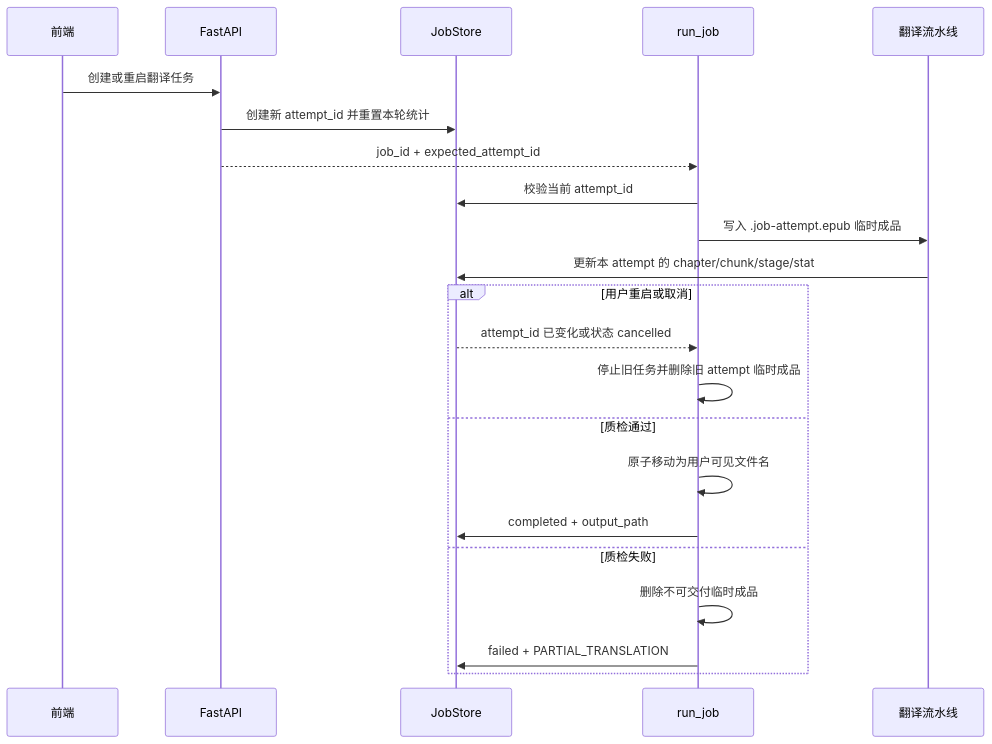
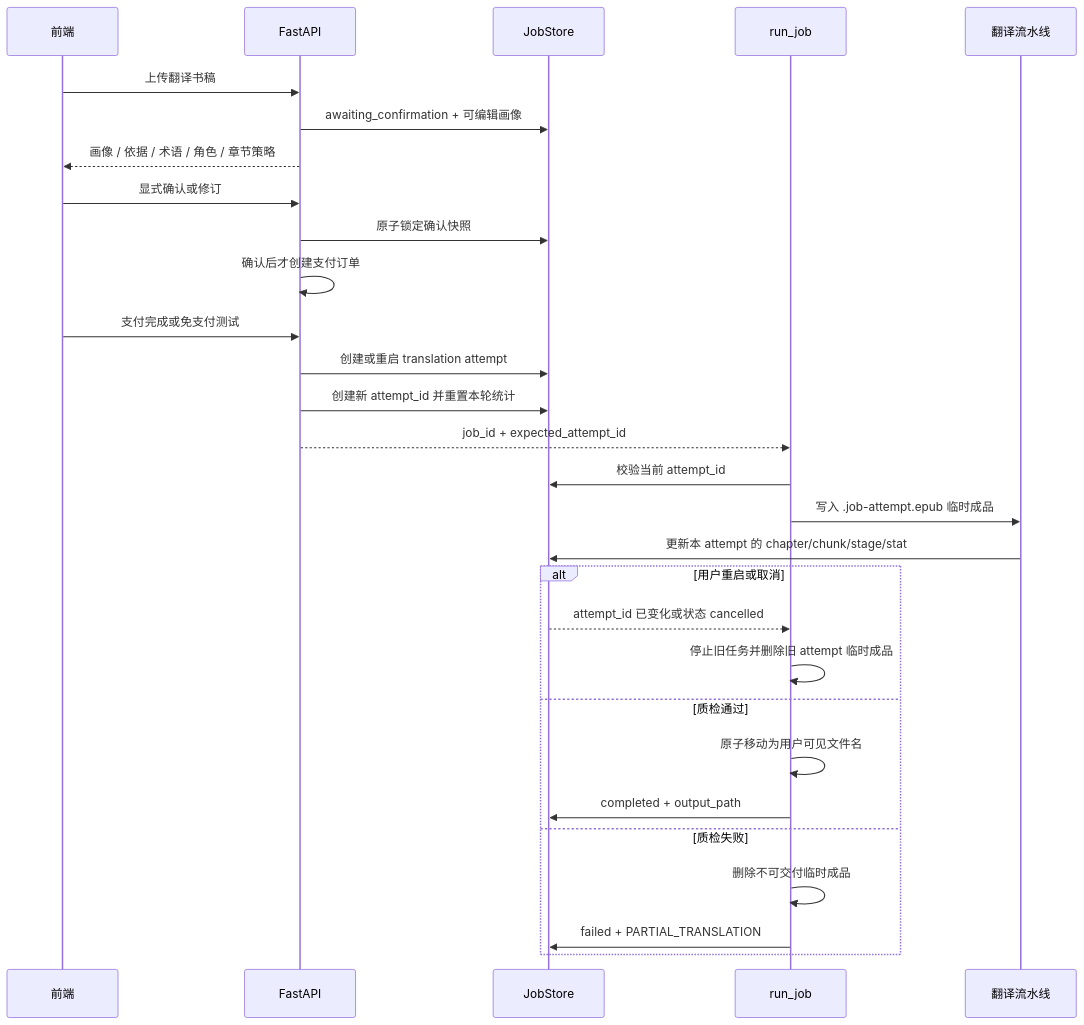
Before and after one commit to zengchanghuan/epub-factory: the second of 3 diagrams in docs/ARCHITECTURE-DIAGRAM.md, drawn with Mermaid. The commit also changed other lines of this file and 62 other files, not shown here.

````diff
--- a/docs/ARCHITECTURE-DIAGRAM.md
+++ b/docs/ARCHITECTURE-DIAGRAM.md
@@ -55,25 +56,32 @@
 ```mermaid
 sequenceDiagram
   participant UI as 前端
   participant API as FastAPI
   participant Store as JobStore
   participant Runner as run_job
   participant Pipeline as 翻译流水线
 
-  UI->>API: 创建或重启翻译任务
+  UI->>API: 上传翻译书稿
+  API->>Store: awaiting_confirmation + 可编辑画像
+  API-->>UI: 画像 / 依据 / 术语 / 角色 / 章节策略
+  UI->>API: 显式确认或修订
+  API->>Store: 原子锁定确认快照
+  API->>API: 确认后才创建支付订单
+  UI->>API: 支付完成或免支付测试
+  API->>Store: 创建或重启 translation attempt
   API->>Store: 创建新 attempt_id 并重置本轮统计
   API-->>Runner: job_id + expected_attempt_id
   Runner->>Store: 校验当前 attempt_id
   Runner->>Pipeline: 写入 .job-attempt.epub 临时成品
   Pipeline->>Store: 更新本 attempt 的 chapter/chunk/stage/stat
   alt 用户重启或取消
     Store-->>Runner: attempt_id 已变化或状态 cancelled
     Runner->>Runner: 停止旧任务并删除旧 attempt 临时成品
   else 质检通过
     Runner->>Runner: 原子移动为用户可见文件名
     Runner->>Store: completed + output_path
   else 质检失败
     Runner->>Runner: 删除不可交付临时成品
     Runner->>Store: failed + PARTIAL_TRANSLATION
   end
 ```
````
